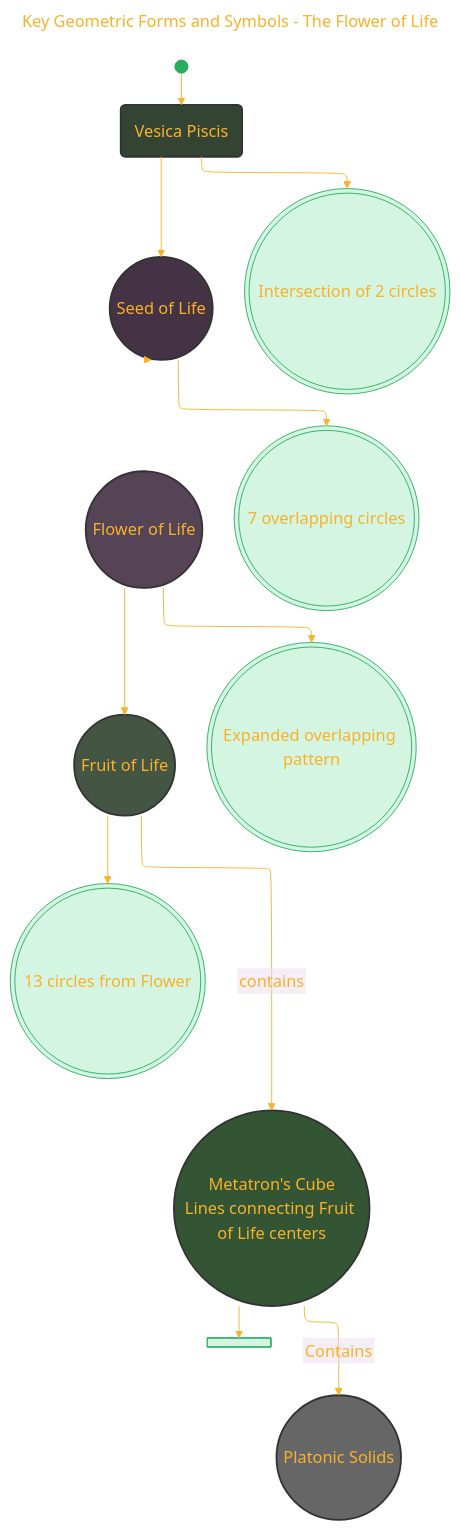
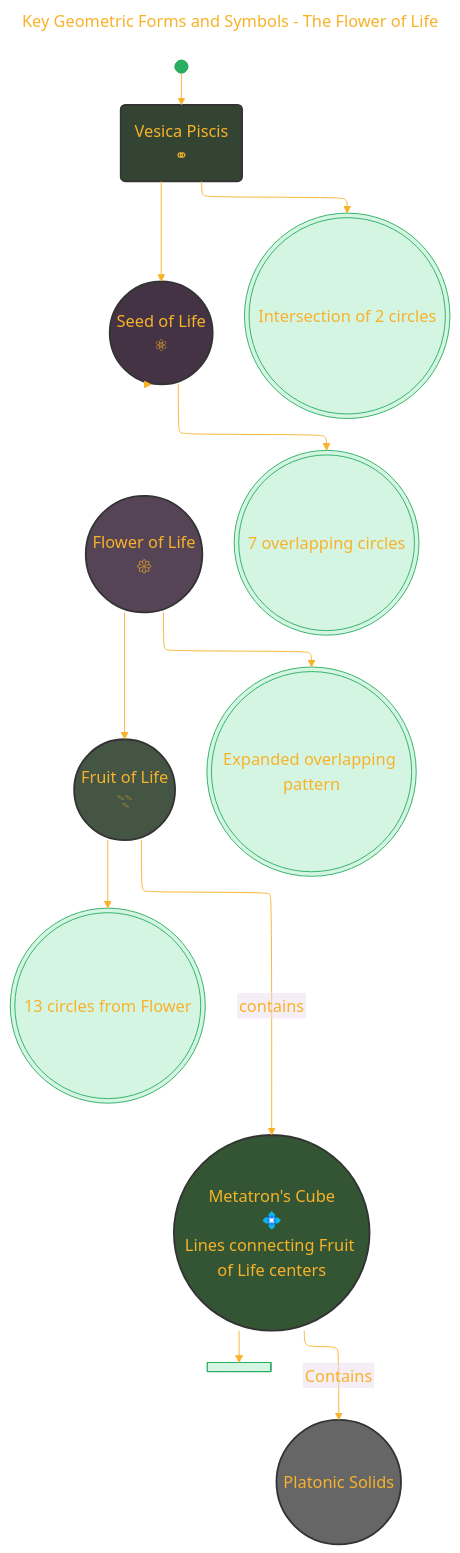
One commit to CongLeSolutionX/Harmonic_Atomica changed the fourth of 6 diagrams in Understanding_Sacred_Geometry.md. Above: the diagram before and after it, drawn with Mermaid. The commit also changed other lines of this file, not shown here.

Commit message:
update notes

````diff
--- a/Understanding_Sacred_Geometry.md
+++ b/Understanding_Sacred_Geometry.md
@@ -256,71 +256,71 @@
 ```mermaid
 ---
 title: "Key Geometric Forms and Symbols - The Flower of Life"
 author: "Cong Le"
 version: "1.0"
 license(s): "MIT, CC BY 4.0"
 copyright: "Copyright (c) 2025 Cong Le. All Rights Reserved."
 config:
   layout: elk
   theme: base
 ---
 %%%%%%%% Mermaid version v11.4.1-b.14
 %%%%%%%% Available curve styles include the following keywords:
 %% basis, bumpX, bumpY, cardinal, catmullRom, linear, monotoneX, monotoneY, natural, step, stepAfter, stepBefore.
 %%{
   init: {
     'flowchart': { 'htmlLabels': false, 'curve': 'basis' },
     'fontFamily': 'Luminari',
     'themeVariables': {
       'primaryColor': '#D5F5E3',
       'primaryTextColor': '#F8B229',
       'lineColor': '#F8B229',
       'primaryBorderColor': '#27AE60',
       'secondaryColor': '#EBDEF0',
       'secondaryTextColor': '#6C3483',
       'secondaryBorderColor': '#A569BD',
       'fontSize': '18px'
     }
   }
 }%%
 flowchart TD
 	A_0@{ shape: f-circ, label: "The Initial Beginning" }
-    A("Vesica Piscis")
-    B(("Seed of Life"))
-    C(("Flower of Life"))
-    D(("Fruit of Life"))
-    E(("Metatron's Cube<br/>Lines connecting Fruit of Life centers"))
+    A("Vesica Piscis<br/>⚭")
+    B(("Seed of Life<br/>⚛"))
+    C(("Flower of Life<br/>𑁍"))
+    D(("Fruit of Life<br/>𓇢"))
+    E(("Metatron's Cube<br/>💠<br/>Lines connecting Fruit of Life centers"))
     F(("Platonic Solids"))
 
 	A_0 --> A
 	A --> B
 	A --> A_Expansion
 	A_Expansion@{ shape: dbl-circ, label: "Intersection of 2 circles" }
 
 	B --> B_Expansion
 	B_Expansion@{ shape: dbl-circ, label: "7 overlapping circles" }
 	
     B --> C
 
 	C --> C_Expansion
 	C_Expansion@{ shape: dbl-circ, label: "Expanded overlapping pattern" }
     
     C --> D
 	D --> D_Expansion
 	D_Expansion@{ shape: dbl-circ, label: "13 circles from Flower" }
 	
     D -- contains --> E
 
 	E --> E_Expansion
 	E_Expansion@{ shape: fork, label: "Lines connecting Fruit of Life centers" }
 
     E -- Contains --> F
 
     style A fill:#343,stroke:#333,stroke-width:2px
     style B fill:#434,stroke:#333,stroke-width:2px
     style C fill:#545,stroke:#333,stroke-width:2px
     style D fill:#454,stroke:#333,stroke-width:2px
     style E fill:#353,stroke:#333,stroke-width:2px
     style F fill:#666,stroke:#333,stroke-width:2px
     
 ```
````
